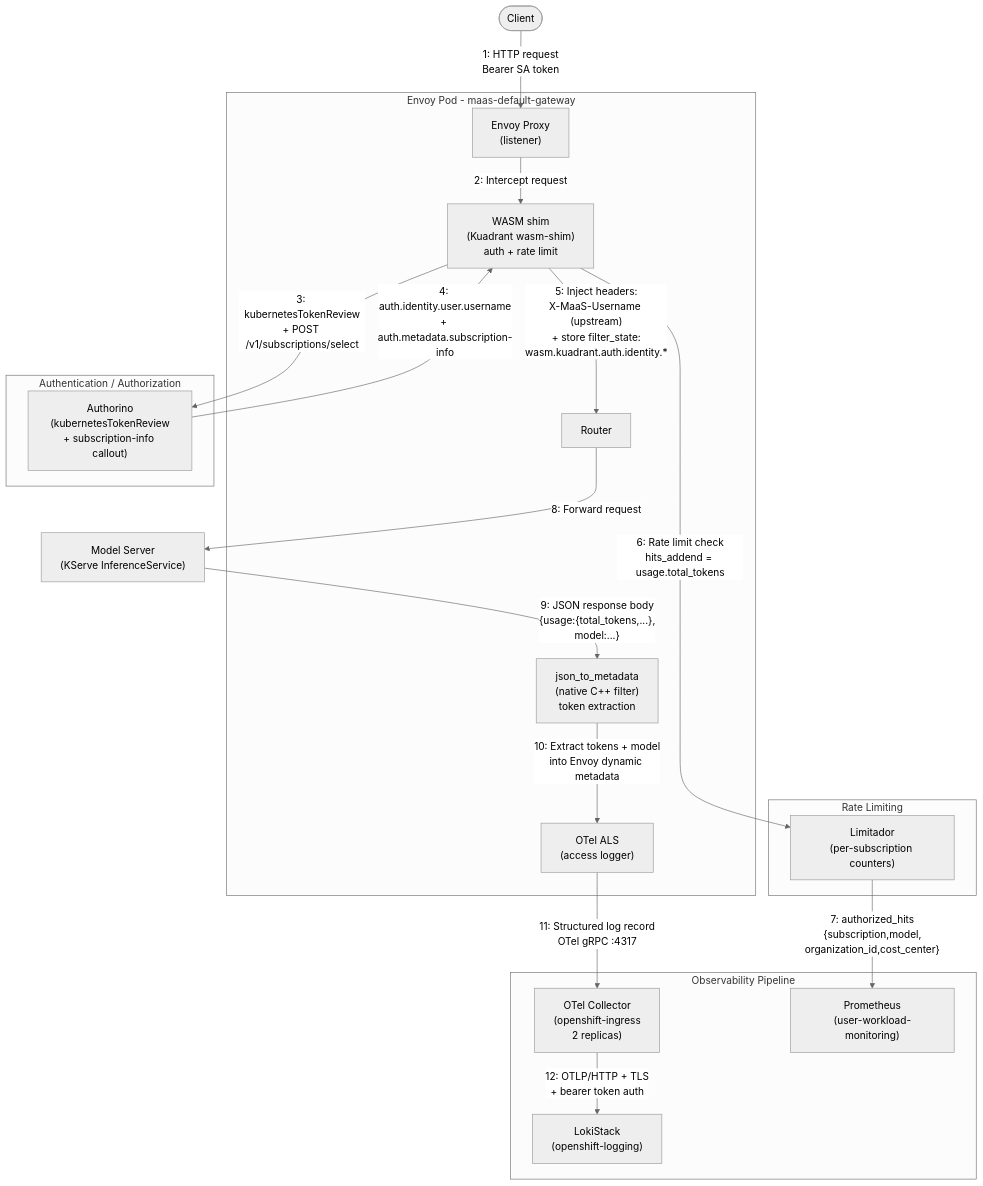
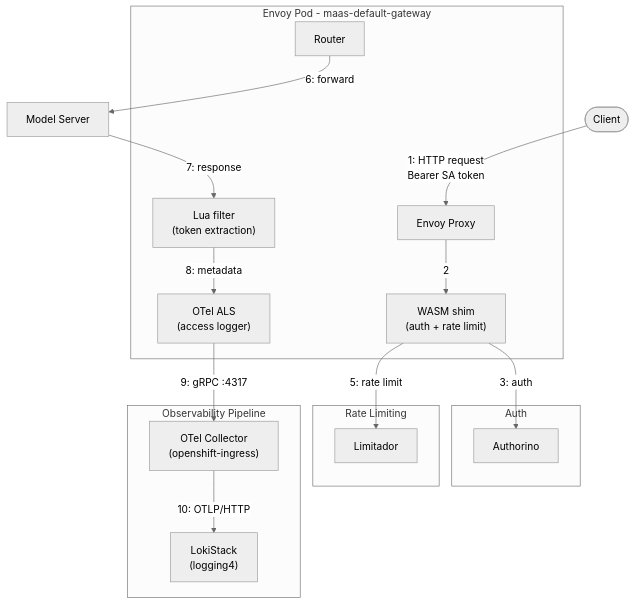
One commit to opendatahub-io/models-as-a-service changed the second of 4 diagrams in envoy-otel-structured-logs-plan.md. Above: the diagram before and after it, drawn with Mermaid (neutral theme). The commit also changed other lines of this file and 16 other files, not shown here.

First line of the commit message:
observability: Perses dual-datasource fix, loki-query-proxy improvements, dashboard split

````diff
--- a/envoy-otel-structured-logs-plan.md
+++ b/envoy-otel-structured-logs-plan.md
@@ -449,40 +92,31 @@
 ```mermaid
 flowchart TD
     client(["Client"]) -->|"1: HTTP request\nBearer SA token"| envoy
-
     subgraph envoyPod ["Envoy Pod - maas-default-gateway"]
-        envoy["Envoy Proxy\n(listener)"]
-        wasmShim["WASM shim\n(Kuadrant wasm-shim)\nauth + rate limit"]
-        j2m["json_to_metadata\n(native C++ filter)\ntoken extraction"]
+        envoy["Envoy Proxy"]
+        wasmShim["WASM shim\n(auth + rate limit)"]
+        j2m["Lua filter\n(token extraction)"]
         otelALS["OTel ALS\n(access logger)"]
         routerNode["Router"]
     end
+    subgraph authBlock ["Auth"]
+        authorino["Authorino"]
+    end
+    subgraph rateBlock ["Rate Limiting"]
+        limitador["Limitador"]
+    end
+    subgraph obsBlock ["Observability Pipeline"]
+        otelCollector["OTel Collector\n(openshift-ingress)"]
+        loki["LokiStack\n(logging4)"]
+    end
+    modelServer["Model Server"]
 
-    subgraph authBlock ["Authentication / Authorization"]
-        authorino["Authorino\n(kubernetesTokenReview\n+ subscription-info callout)"]
-    end
-
-    subgraph rateBlock ["Rate Limiting"]
-        limitador["Limitador\n(per-subscription counters)"]
-    end
-
-    subgraph obsBlock ["Observability Pipeline"]
-        otelCollector["OTel Collector\n(openshift-ingress\n2 replicas)"]
-        loki["LokiStack\n(openshift-logging)"]
-        prometheus["Prometheus\n(user-workload-monitoring)"]
-    end
-
-    modelServer["Model Server\n(KServe InferenceService)"]
-
-    envoy -->|"2: Intercept request"| wasmShim
-    wasmShim -->|"3: kubernetesTokenReview\n+ POST /v1/subscriptions/select"| authorino
-    authorino -->|"4: auth.identity.user.username\n+ auth.metadata.subscription-info"| wasmShim
-    wasmShim -->|"5: Inject headers:\nX-MaaS-Username (upstream)\n+ store filter_state:\nwasm.kuadrant.auth.identity.*"| routerNode
-    wasmShim -->|"6: Rate limit check\nhits_addend = usage.total_tokens"| limitador
-    limitador -->|"7: authorized_hits\n{subscription,model,\norganization_id,cost_center}"| prometheus
-    routerNode -->|"8: Forward request"| modelServer
-    modelServer -->|"9: JSON response body\n{usage:{total_tokens,...},\nmodel:...}"| j2m
-    j2m -->|"10: Extract tokens + model\ninto Envoy dynamic metadata"| otelALS
-    otelALS -->|"11: Structured log record\nOTel gRPC :4317"| otelCollector
-    otelCollector -->|"12: OTLP/HTTP + TLS\n+ bearer token auth"| loki
+    envoy -->|"2"| wasmShim
+    wasmShim -->|"3: auth"| authorino
+    wasmShim -->|"5: rate limit"| limitador
+    routerNode -->|"6: forward"| modelServer
+    modelServer -->|"7: response"| j2m
+    j2m -->|"8: metadata"| otelALS
+    otelALS -->|"9: gRPC :4317"| otelCollector
+    otelCollector -->|"10: OTLP/HTTP"| loki
 ```
````
